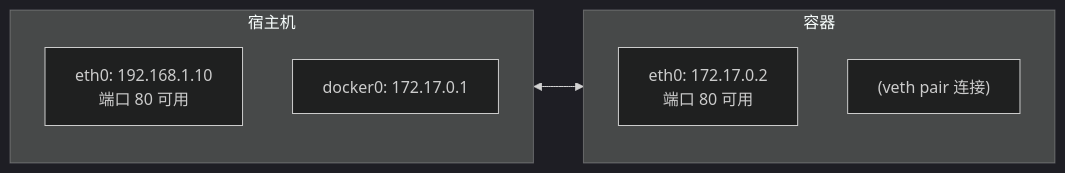
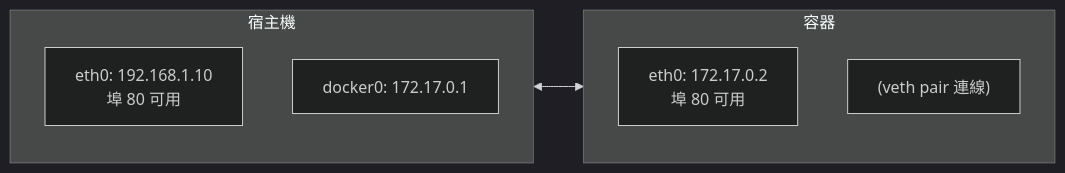
The second of 3 diagrams in 12_implementation/12.2_namespace.md (alexkuoecity/docker-practice-master-zh-tw), drawn with Mermaid (dark theme) before and after one commit. The commit also changed other lines of this file and 200 other files, not shown here.

````diff
--- a/12_implementation/12.2_namespace.md
+++ b/12_implementation/12.2_namespace.md
@@ -89,16 +89,16 @@
 ```mermaid
 flowchart LR
-    subgraph Host ["宿主机"]
+    subgraph Host ["宿主機"]
         direction TB
-        H1["eth0: 192.168.1.10<br/>端口 80 可用"]
+        H1["eth0: 192.168.1.10<br/>埠 80 可用"]
         H2["docker0: 172.17.0.1"]
     end
 
     subgraph Container ["容器"]
         direction TB
-        C1["eth0: 172.17.0.2<br/>端口 80 可用"]
-        C2["(veth pair 连接)"]
+        C1["eth0: 172.17.0.2<br/>埠 80 可用"]
+        C2["(veth pair 連線)"]
     end
 
     H2 <--> C2
 ```
````
